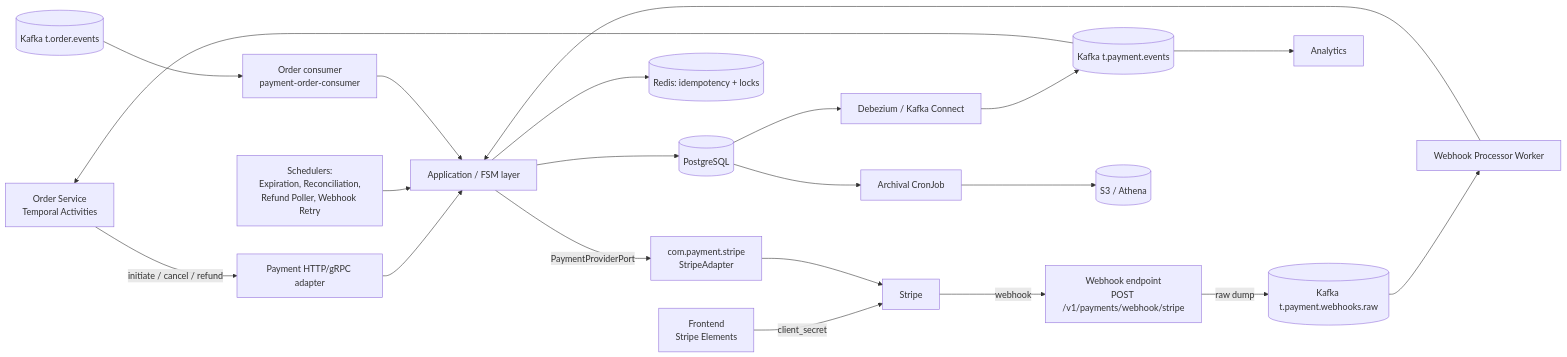
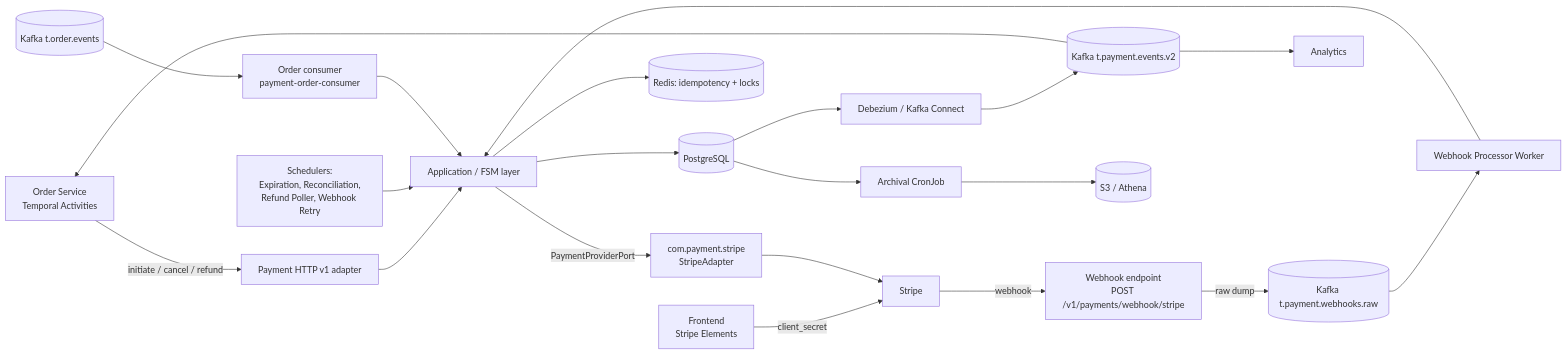
The diagram in docs/payment/architecture.md (quangdung2110/e-commerce-microservices), drawn with Mermaid before and after one commit. The commit also changed other lines of this file and 15 other files, not shown here.

````diff
--- a/docs/payment/architecture.md
+++ b/docs/payment/architecture.md
@@ -31,22 +31,22 @@
 ```mermaid
 flowchart LR
-  O[Order Service<br/>Temporal Activities] -->|initiate / cancel / refund| API[Payment HTTP/gRPC adapter]
+  O[Order Service<br/>Temporal Activities] -->|initiate / cancel / refund| API[Payment HTTP v1 adapter]
   FE[Frontend<br/>Stripe Elements] -->|client_secret| ST[Stripe]
   ST -->|webhook| WH[Webhook endpoint<br/>POST /v1/payments/webhook/stripe]
   WH -->|raw dump| KR[(Kafka t.payment.webhooks.raw)]
   KR --> WP[Webhook Processor Worker]
   API --> APP[Application / FSM layer]
   WP --> APP
   SCH[Schedulers:<br/>Expiration, Reconciliation,<br/>Refund Poller, Webhook Retry] --> APP
   APP --> PG[(PostgreSQL)]
   APP --> RD[(Redis: idempotency + locks)]
   APP -->|PaymentProviderPort| SA[com.payment.stripe<br/>StripeAdapter]
   SA --> ST
   PG --> DBZ[Debezium / Kafka Connect]
-  DBZ --> KP[(Kafka t.payment.events)]
+  DBZ --> KP[(Kafka t.payment.events.v2)]
   KP --> O
   KP --> AN[Analytics]
   KO[(Kafka t.order.events)] --> OC[Order consumer<br/>payment-order-consumer]
   OC --> APP
   PG --> AR[Archival CronJob] --> S3[(S3 / Athena)]
 ```
````
